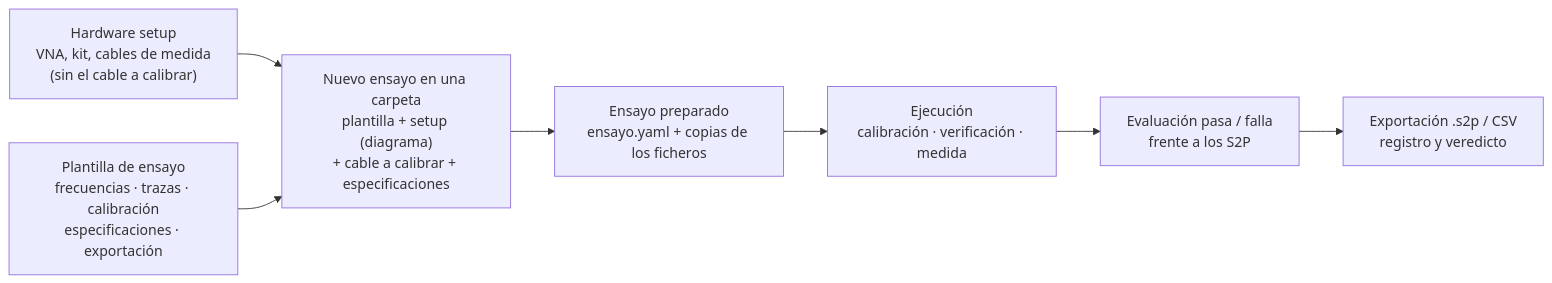
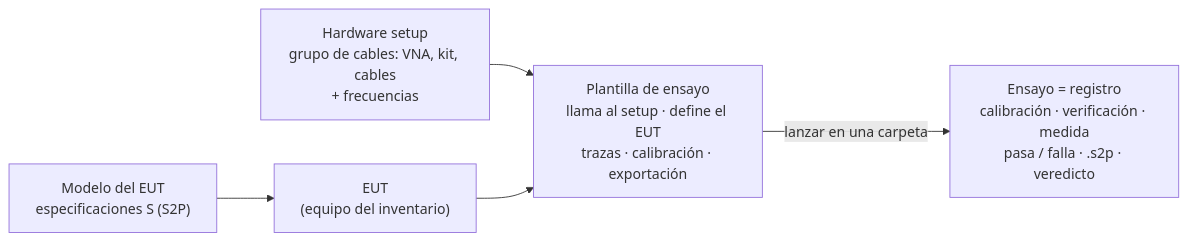
Before and after one commit to oterovalejandro/CAL-ELEKTRA: the diagram in docs/05_plantillas_de_ensayo_y_ensayos.md, drawn with Mermaid. The commit also changed other lines of this file and 79 other files, not shown here.

````diff
--- a/docs/05_plantillas_de_ensayo_y_ensayos.md
+++ b/docs/05_plantillas_de_ensayo_y_ensayos.md
@@ -25,9 +24,7 @@
 ```mermaid
 flowchart LR
-  HS["Hardware setup<br/>VNA, kit, cables de medida<br/>(sin el cable a calibrar)"] --> NT
-  TT["Plantilla de ensayo<br/>frecuencias · trazas · calibración<br/>especificaciones · exportación"] --> NT
-  NT["Nuevo ensayo en una carpeta<br/>plantilla + setup (diagrama)<br/>+ cable a calibrar + especificaciones"] --> P["Ensayo preparado<br/>ensayo.yaml + copias de los ficheros"]
-  P --> R["Ejecución<br/>calibración · verificación · medida"]
-  R --> V["Evaluación pasa / falla<br/>frente a los S2P"]
-  V --> X["Exportación .s2p / CSV<br/>registro y veredicto"]
+  HS["Hardware setup<br/>grupo de cables: VNA, kit, cables<br/>+ frecuencias"] --> TT
+  MO["Modelo del EUT<br/>especificaciones S (S2P)"] --> EUT["EUT<br/>(equipo del inventario)"]
+  EUT --> TT["Plantilla de ensayo<br/>llama al setup · define el EUT<br/>trazas · calibración · exportación"]
+  TT -->|"lanzar en una carpeta"| R["Ensayo = registro<br/>calibración · verificación · medida<br/>pasa / falla · .s2p · veredicto"]
 ```
````
